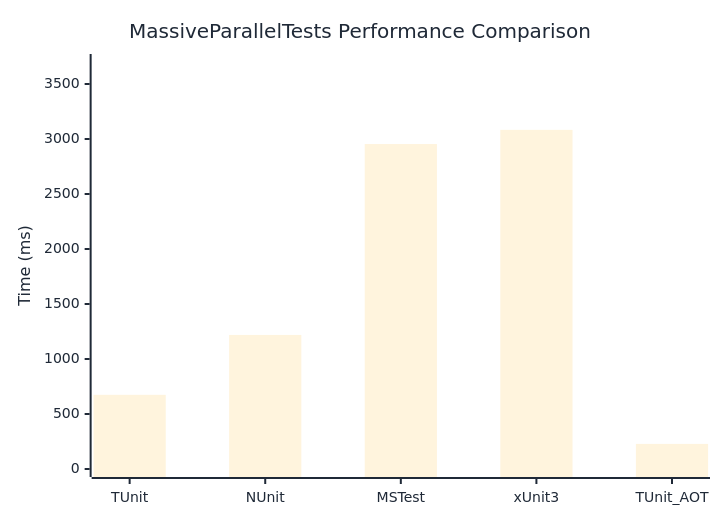
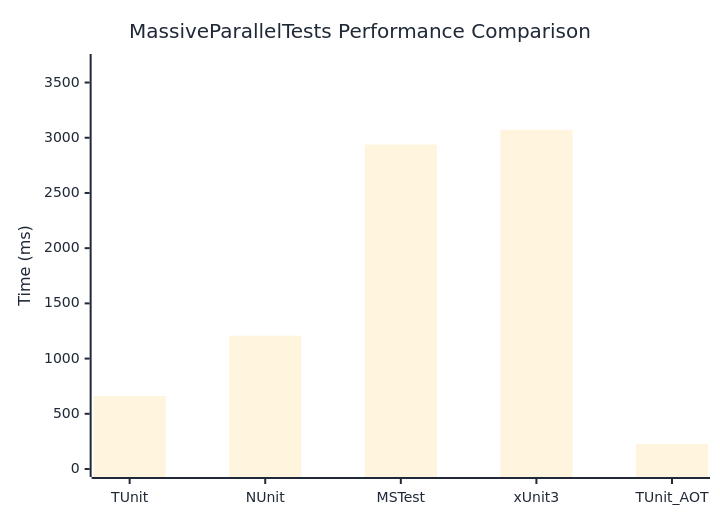
One commit to thomhurst/TUnit changed the diagram in docs/docs/benchmarks/MassiveParallelTests.md. Above: the diagram before and after it, drawn with Mermaid. The commit also changed other lines of this file and 17 other files, not shown here.

````diff
--- a/docs/docs/benchmarks/MassiveParallelTests.md
+++ b/docs/docs/benchmarks/MassiveParallelTests.md
@@ -27,37 +27,37 @@
 ```mermaid
 %%{init: {
   'theme':'base',
   'themeVariables': {
     'primaryColor': '#2563eb',
     'primaryTextColor': '#1f2937',
     'primaryBorderColor': '#1e40af',
     'lineColor': '#6b7280',
     'secondaryColor': '#7c3aed',
     'tertiaryColor': '#dc2626',
     'background': '#ffffff',
     'mainBkg': '#2563eb',
     'secondBkg': '#7c3aed',
     'tertiaryBkg': '#dc2626',
     'clusterBkg': '#f3f4f6',
     'edgeLabelBackground': '#ffffff',
     'tertiaryTextColor': '#1f2937',
     'pie1': '#2563eb',
     'pie2': '#7c3aed',
     'pie3': '#dc2626',
     'pie4': '#f59e0b',
     'pie5': '#10b981',
     'pie6': '#06b6d4',
     'pie7': '#ec4899',
     'pie8': '#6366f1',
     'pie9': '#84cc16',
     'pie10': '#f97316',
     'pie11': '#14b8a6',
     'pie12': '#a855f7'
   }
 }}%%
 xychart-beta
   title "MassiveParallelTests Performance Comparison"
   x-axis ["TUnit", "NUnit", "MSTest", "xUnit3", "TUnit_AOT"]
-  y-axis "Time (ms)" 0 --> 3700
-  bar [674.3, 1218.7, 2954.2, 3083.2, 228.1]
+  y-axis "Time (ms)" 0 --> 3686
+  bar [660.9, 1207, 2938.2, 3071.6, 226.5]
 ```
````
